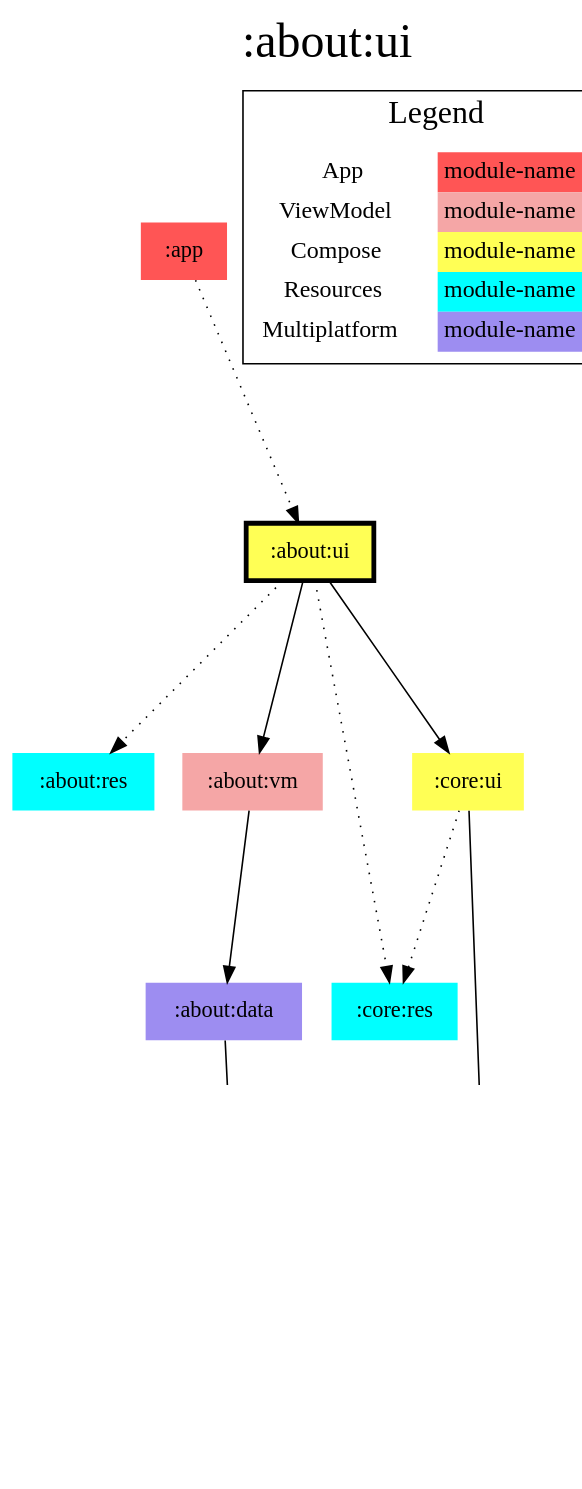
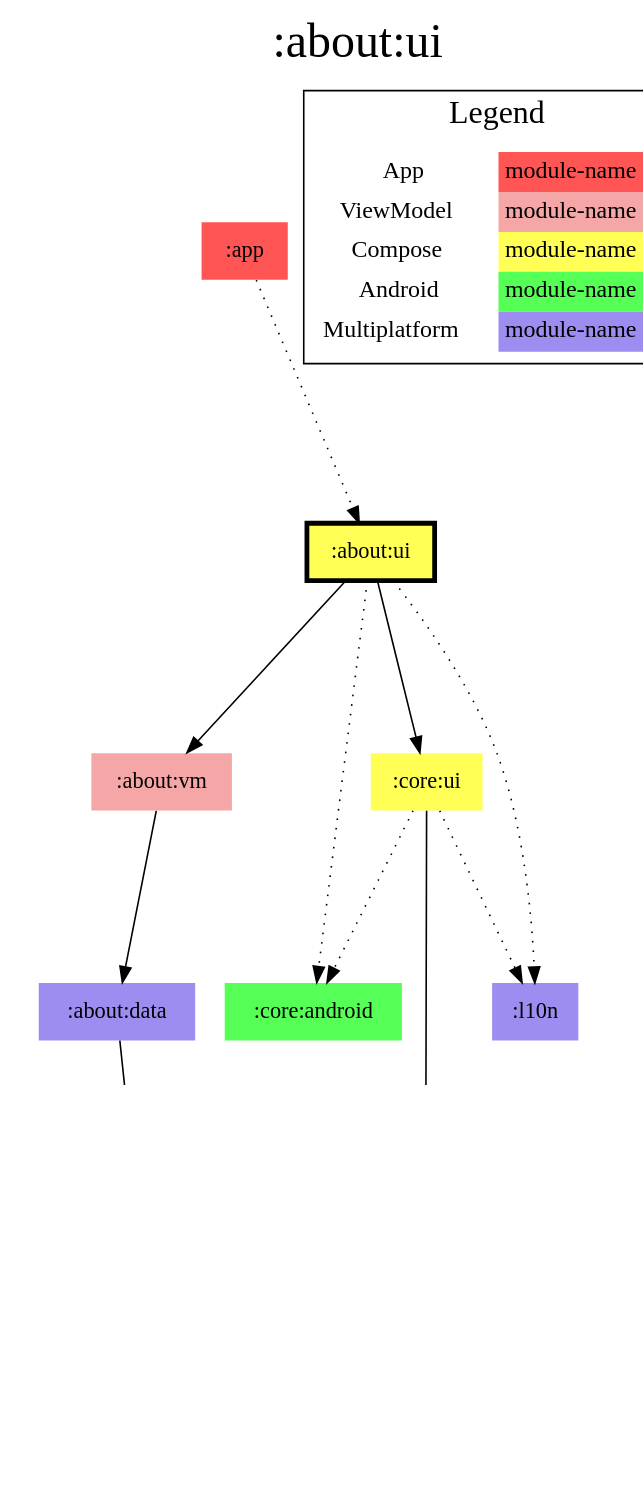
Before and after one commit to jonapoul/aktual: the diagram in modules/about/ui/modules.dot, drawn with Graphviz. The commit also changed 196 other files, not shown here.

```diff
--- a/modules/about/ui/modules.dot
+++ b/modules/about/ui/modules.dot
@@ -1,44 +1,45 @@
 digraph {
 edge ["dir"="forward"]
 graph ["dpi"="100","label"=":about:ui","labelloc"="t","fontsize"="30","ranksep"="1.5","rankdir"="TB"]
 node ["style"="filled"]
 ":about:data" ["fillcolor"="#9D8DF1","shape"="none"]
-":about:res" ["fillcolor"="#00FFFF","shape"="none"]
 ":about:ui" ["fillcolor"="#FFFF55","color"="black","penwidth"="3","shape"="box"]
 ":about:vm" ["fillcolor"="#F5A6A6","shape"="none"]
 ":api:github" ["fillcolor"="#9D8DF1","shape"="none"]
 ":app" ["fillcolor"="#FF5555","shape"="none"]
 ":codegen:annotation" ["fillcolor"="#9D8DF1","shape"="none"]
+":core:android" ["fillcolor"="#55FF55","shape"="none"]
 ":core:model" ["fillcolor"="#9D8DF1","shape"="none"]
-":core:res" ["fillcolor"="#00FFFF","shape"="none"]
 ":core:ui" ["fillcolor"="#FFFF55","shape"="none"]
+":l10n" ["fillcolor"="#9D8DF1","shape"="none"]
 {
 edge ["dir"="none"]
 graph ["rank"="same"]
 ":about:ui"
 }
 ":about:data" -> ":api:github"
-":about:ui" -> ":about:res" ["style"="dotted"]
 ":about:ui" -> ":about:vm"
-":about:ui" -> ":core:res" ["style"="dotted"]
+":about:ui" -> ":core:android" ["style"="dotted"]
 ":about:ui" -> ":core:ui"
+":about:ui" -> ":l10n" ["style"="dotted"]
 ":about:vm" -> ":about:data"
 ":api:github" -> ":codegen:annotation" ["style"="dotted"]
 ":api:github" -> ":core:model"
 ":app" -> ":about:ui" ["style"="dotted"]
+":core:ui" -> ":core:android" ["style"="dotted"]
 ":core:ui" -> ":core:model"
-":core:ui" -> ":core:res" ["style"="dotted"]
+":core:ui" -> ":l10n" ["style"="dotted"]
 subgraph "cluster_legend" {
 edge ["dir"="none"]
 graph ["label"="Legend","fontsize"="20"]
 "Legend" ["style"="filled","fillcolor"="#FFFFFF","shape"="none","margin"="0","fontsize"="15","label"=<
 <TABLE BORDER="0" CELLBORDER="0" CELLSPACING="0" CELLPADDING="4">
 <TR><TD>App</TD><TD BGCOLOR="#FF5555">module-name</TD></TR>
 <TR><TD>ViewModel</TD><TD BGCOLOR="#F5A6A6">module-name</TD></TR>
 <TR><TD>Compose</TD><TD BGCOLOR="#FFFF55">module-name</TD></TR>
-<TR><TD>Resources</TD><TD BGCOLOR="#00FFFF">module-name</TD></TR>
+<TR><TD>Android</TD><TD BGCOLOR="#55FF55">module-name</TD></TR>
 <TR><TD>Multiplatform</TD><TD BGCOLOR="#9D8DF1">module-name</TD></TR>
 </TABLE>
 >]
 } -> ":about:ui" ["style"="invis"]
 }
```
